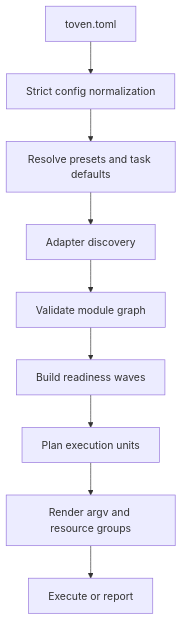
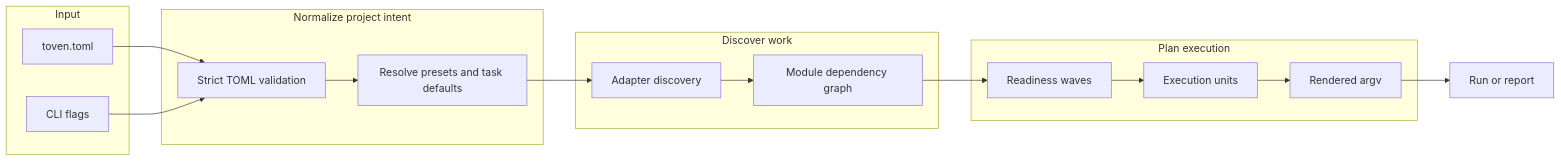
One commit to kbukum/toven changed the first of 4 diagrams in docs/architecture.md. Above: the diagram before and after it, drawn with Mermaid. The commit also changed other lines of this file and 3 other files, not shown here.

````diff
--- a/docs/architecture.md
+++ b/docs/architecture.md
@@ -53,11 +53,33 @@
 ```mermaid
-flowchart TD
-    Config[toven.toml] --> Normalize[Strict config normalization]
-    Normalize --> Presets[Resolve presets and task defaults]
-    Presets --> Discover[Adapter discovery]
-    Discover --> Graph[Validate module graph]
-    Graph --> Schedule[Build readiness waves]
-    Schedule --> Units[Plan execution units]
-    Units --> Render[Render argv and resource groups]
-    Render --> Execute[Execute or report]
+flowchart LR
+    subgraph Input
+        Config["toven.toml"]
+        Cli["CLI flags"]
+    end
+
+    subgraph Normalize["Normalize project intent"]
+        Strict["Strict TOML validation"]
+        Presets["Resolve presets and task defaults"]
+    end
+
+    subgraph Discover["Discover work"]
+        Adapter["Adapter discovery"]
+        Graph["Module dependency graph"]
+    end
+
+    subgraph Plan["Plan execution"]
+        Waves["Readiness waves"]
+        Units["Execution units"]
+        Render["Rendered argv"]
+    end
+
+    Config --> Strict
+    Cli --> Strict
+    Strict --> Presets
+    Presets --> Adapter
+    Adapter --> Graph
+    Graph --> Waves
+    Waves --> Units
+    Units --> Render
+    Render --> Output["Run or report"]
 ```
````
